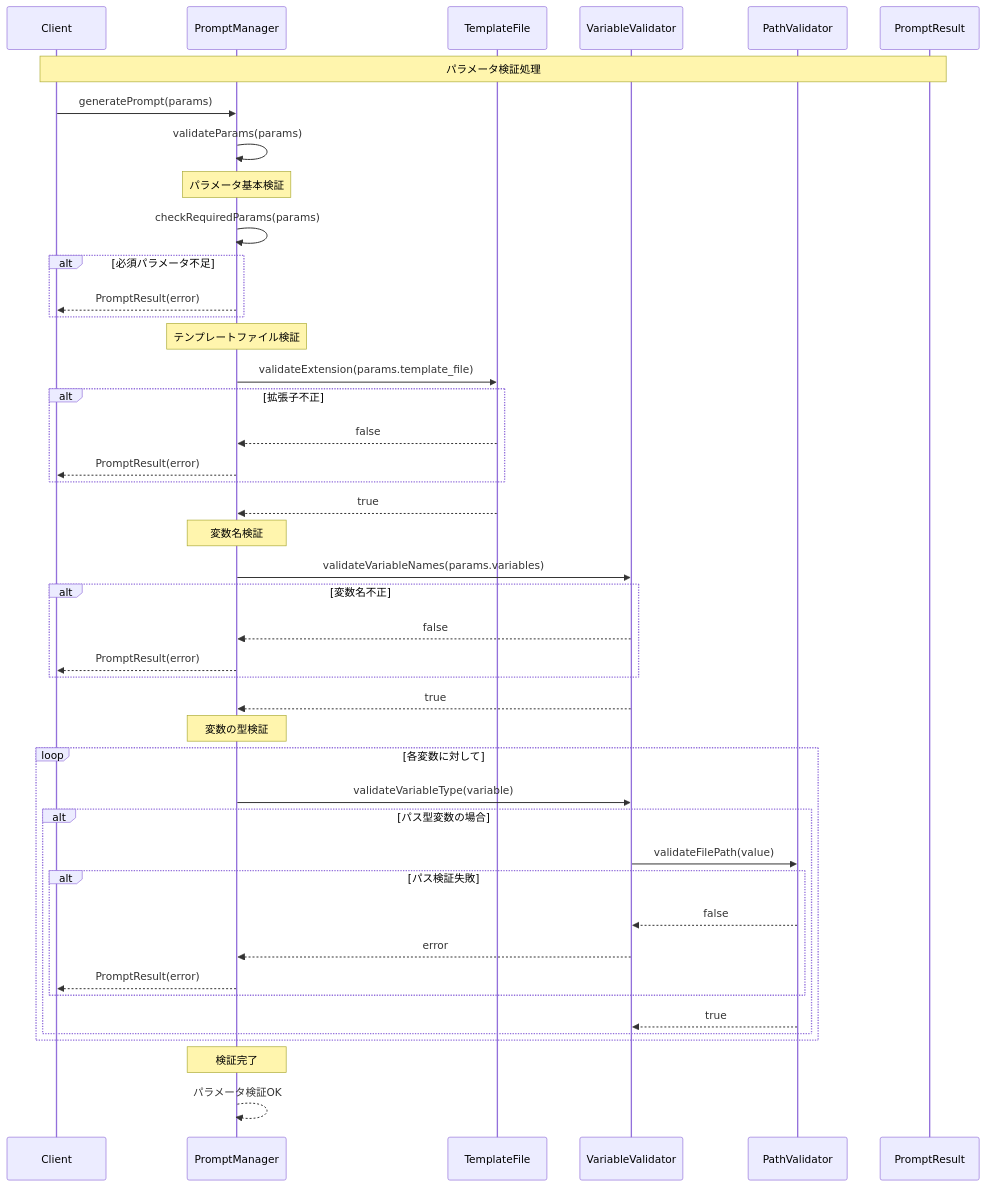
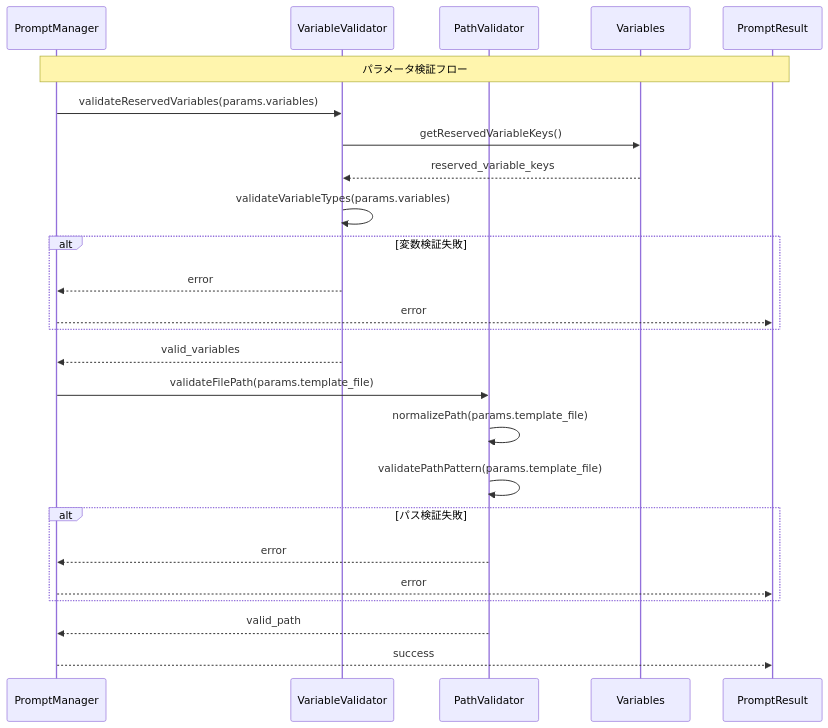
Before and after one commit to tettuan/breakdownprompt: the diagram in docs/uml/sequence_parameter_validation.md, drawn with Mermaid. The commit also changed other lines of this file and 11 other files, not shown here.

Commit message:
docs: update UML diagrams to reflect unified variable concepts and validation responsibilities

````diff
--- a/docs/uml/sequence_parameter_validation.md
+++ b/docs/uml/sequence_parameter_validation.md
@@ -5,52 +5,30 @@
 ```mermaid
 sequenceDiagram
-    participant Client
     participant PromptManager
-    participant TemplateFile
     participant VariableValidator
     participant PathValidator
+    participant Variables
     participant PromptResult
 
-    Note over Client,PromptResult: パラメータ検証処理
-    Client->>PromptManager: generatePrompt(params)
-    PromptManager->>PromptManager: validateParams(params)
-    
-    Note over PromptManager: パラメータ基本検証
-    PromptManager->>PromptManager: checkRequiredParams(params)
-    alt 必須パラメータ不足
-        PromptManager-->>Client: PromptResult(error)
+    Note over PromptManager,PromptResult: パラメータ検証フロー
+    PromptManager->>VariableValidator: validateReservedVariables(params.variables)
+    VariableValidator->>Variables: getReservedVariableKeys()
+    Variables-->>VariableValidator: reserved_variable_keys
+    VariableValidator->>VariableValidator: validateVariableTypes(params.variables)
+    alt 変数検証失敗
+        VariableValidator-->>PromptManager: error
+        PromptManager-->>PromptResult: error
     end
+    VariableValidator-->>PromptManager: valid_variables
 
-    Note over PromptManager: テンプレートファイル検証
-    PromptManager->>TemplateFile: validateExtension(params.template_file)
-    alt 拡張子不正
-        TemplateFile-->>PromptManager: false
-        PromptManager-->>Client: PromptResult(error)
+    PromptManager->>PathValidator: validateFilePath(params.template_file)
+    PathValidator->>PathValidator: normalizePath(params.template_file)
+    PathValidator->>PathValidator: validatePathPattern(params.template_file)
+    alt パス検証失敗
+        PathValidator-->>PromptManager: error
+        PromptManager-->>PromptResult: error
     end
-    TemplateFile-->>PromptManager: true
+    PathValidator-->>PromptManager: valid_path
 
-    Note over PromptManager: 変数名検証
-    PromptManager->>VariableValidator: validateVariableNames(params.variables)
-    alt 変数名不正
-        VariableValidator-->>PromptManager: false
-        PromptManager-->>Client: PromptResult(error)
-    end
-    VariableValidator-->>PromptManager: true
-
-    Note over PromptManager: 変数の型検証
-    loop 各変数に対して
-        PromptManager->>VariableValidator: validateVariableType(variable)
-        alt パス型変数の場合
-            VariableValidator->>PathValidator: validateFilePath(value)
-            alt パス検証失敗
-                PathValidator-->>VariableValidator: false
-                VariableValidator-->>PromptManager: error
-                PromptManager-->>Client: PromptResult(error)
-            end
-            PathValidator-->>VariableValidator: true
-        end
-    end
-
-    Note over PromptManager: 検証完了
-    PromptManager-->>PromptManager: パラメータ検証OK
+    PromptManager-->>PromptResult: success
 ``` 
````
